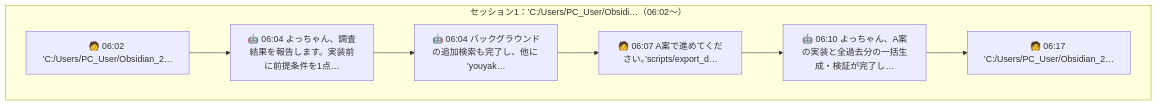
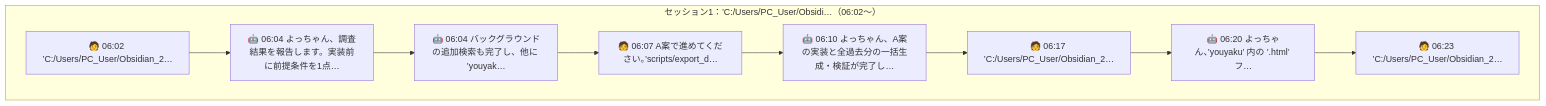
Before and after one commit to kumagorou1840-ai/OKF: the diagram in youyaku/2026-11-18_Antigravity日報.md, drawn with Mermaid. The commit also changed other lines of this file and 2 other files, not shown here.

Commit message:
feat(cockpit): auto-sync latest 7 daily reports from youyaku to Cockpit_MOC.md

````diff
--- a/youyaku/2026-11-18_Antigravity日報.md
+++ b/youyaku/2026-11-18_Antigravity日報.md
@@ -26,16 +28,20 @@
 ```mermaid
 flowchart TD
     subgraph S1["セッション1：’C:/Users/PC_User/Obsidi…（06:02〜）"]
         N1["🧑 06:02 ’C:/Users/PC_User/Obsidian_2…"]
         N2["🤖 06:04 よっちゃん、調査結果を報告します。実装前に前提条件を1点…"]
         N1 --> N2
         N3["🤖 06:04 バックグラウンドの追加検索も完了し、他に ’youyak…"]
         N2 --> N3
         N4["🧑 06:07 A案で進めてください。’scripts/export_d…"]
         N3 --> N4
         N5["🤖 06:10 よっちゃん、A案の実装と全過去分の一括生成・検証が完了し…"]
         N4 --> N5
         N6["🧑 06:17 ’C:/Users/PC_User/Obsidian_2…"]
         N5 --> N6
+        N7["🤖 06:20 よっちゃん、’youyaku’ 内の ’.html’ フ…"]
+        N6 --> N7
+        N8["🧑 06:23 ’C:/Users/PC_User/Obsidian_2…"]
+        N7 --> N8
     end
 ```
````
